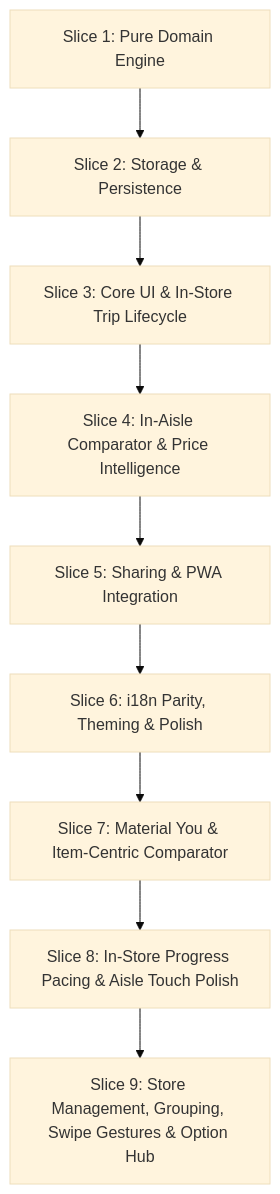
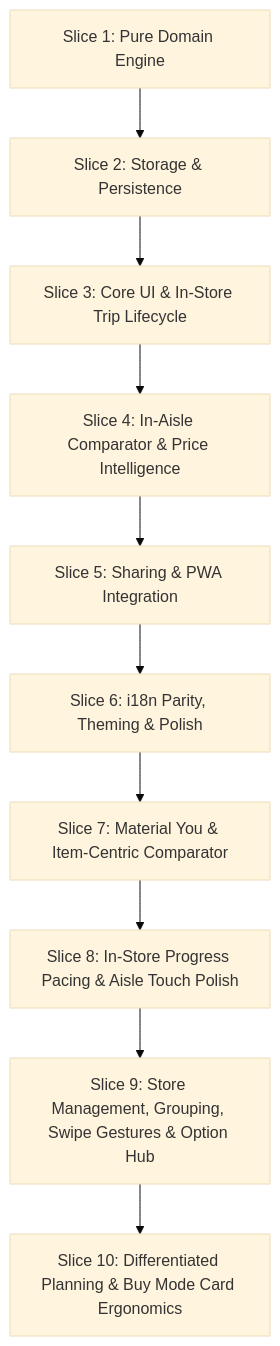
One commit to thanhtrixx/html-standalone-tools changed the diagram in smart-buy-list-price-tracker/ITEMS_TO_IMPLEMENT.md. Above: the diagram before and after it, drawn with Mermaid (base theme). The commit also changed other lines of this file and 4 other files, not shown here.

````diff
--- a/smart-buy-list-price-tracker/ITEMS_TO_IMPLEMENT.md
+++ b/smart-buy-list-price-tracker/ITEMS_TO_IMPLEMENT.md
@@ -80,14 +81,15 @@
 ```mermaid
 flowchart TD
     S1["Slice 1: Pure Domain Engine"]
     S2["Slice 2: Storage &amp; Persistence"]
     S3["Slice 3: Core UI &amp; In-Store Trip Lifecycle"]
     S4["Slice 4: In-Aisle Comparator &amp; Price Intelligence"]
     S5["Slice 5: Sharing &amp; PWA Integration"]
     S6["Slice 6: i18n Parity, Theming &amp; Polish"]
     S7["Slice 7: Material You &amp; Item-Centric Comparator"]
     S8["Slice 8: In-Store Progress Pacing &amp; Aisle Touch Polish"]
     S9["Slice 9: Store Management, Grouping, Swipe Gestures &amp; Option Hub"]
+    S10["Slice 10: Differentiated Planning &amp; Buy Mode Card Ergonomics"]
 
-    S1 --> S2 --> S3 --> S4 --> S5 --> S6 --> S7 --> S8 --> S9
+    S1 --> S2 --> S3 --> S4 --> S5 --> S6 --> S7 --> S8 --> S9 --> S10
 ```
````
